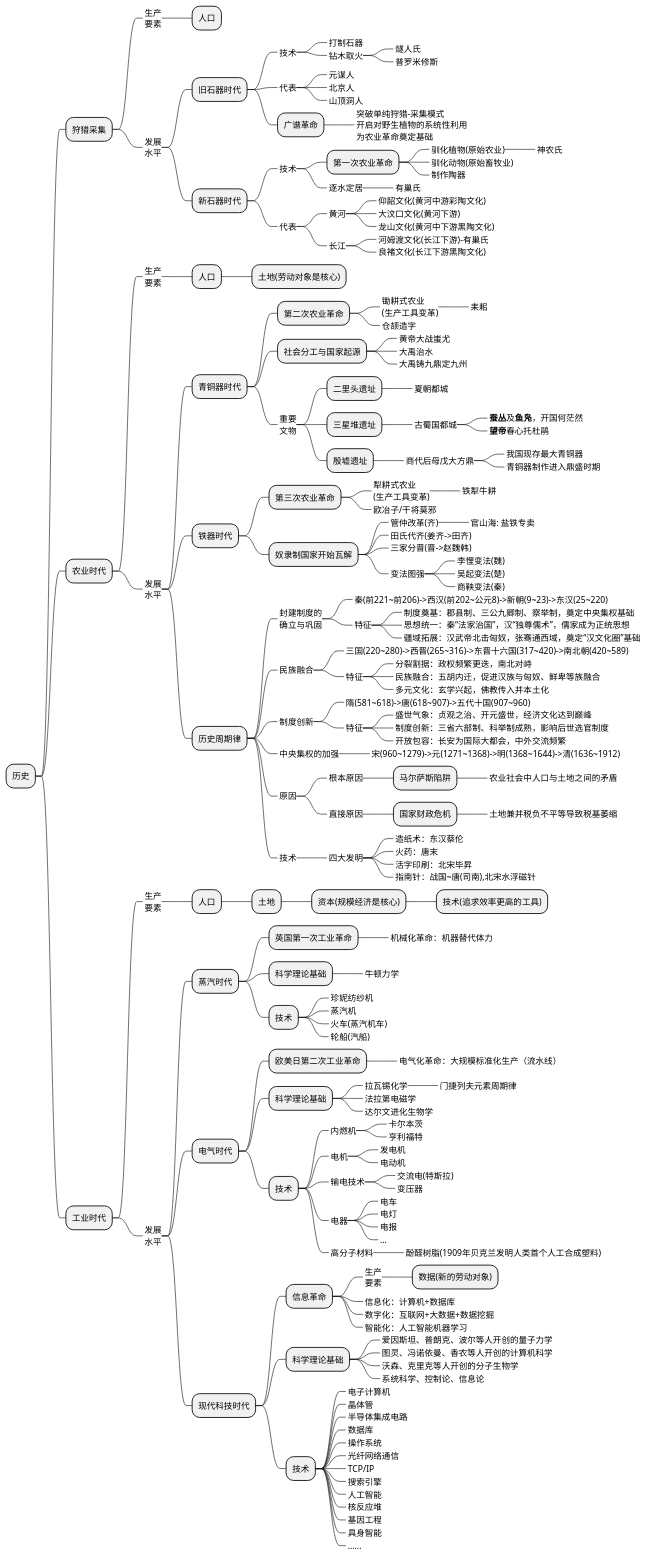
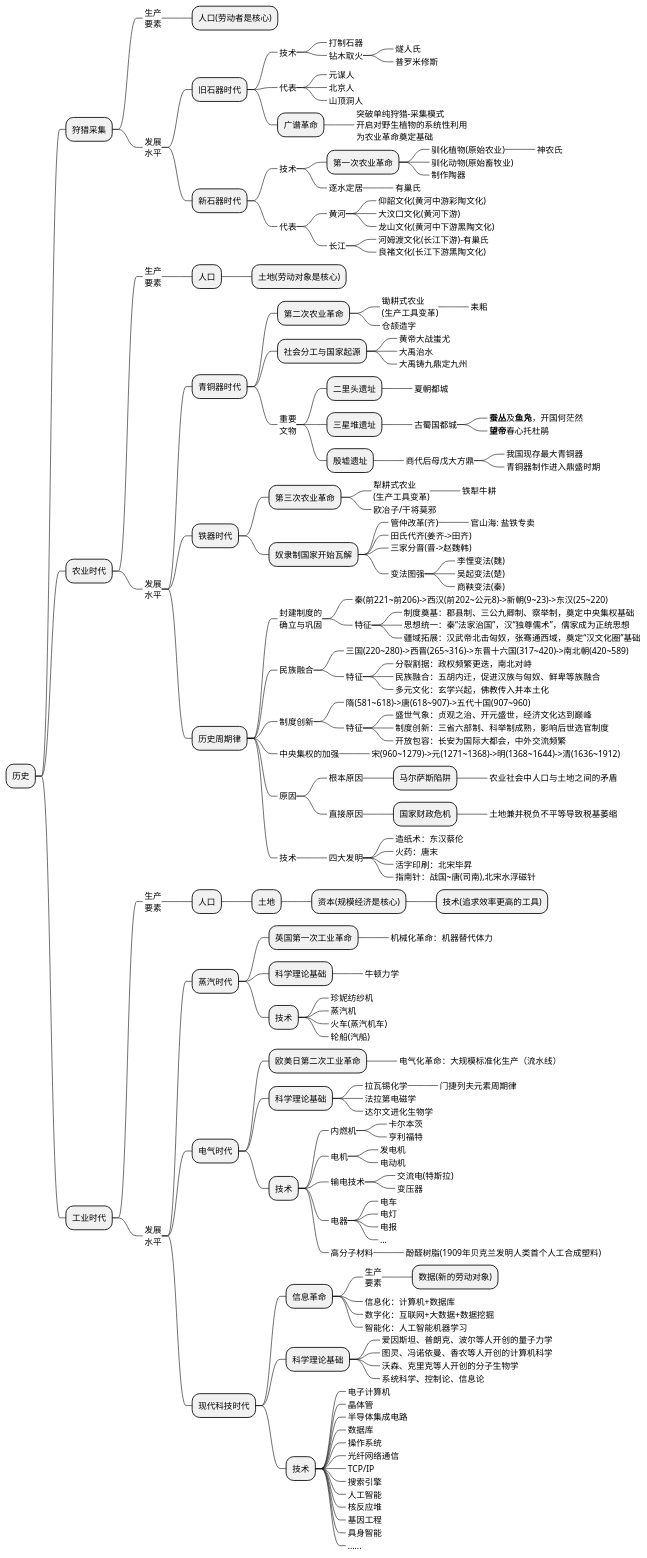
One commit to holmofy/blog.hufeifei.cn changed the first of 2 diagrams in source/_posts/economic/economic_and_history.md. Above: the diagram before and after it, drawn with PlantUML.

```diff
--- a/source/_posts/economic/economic_and_history.md
+++ b/source/_posts/economic/economic_and_history.md
@@ -22,7 +22,7 @@
 + 历史
 ++ 狩猎采集
 +++_ 生产\n要素
-++++ 人口
+++++ 人口(劳动者是核心)
 +++_ 发展\n水平
 ++++ 旧石器时代
 +++++_ 技术
```
